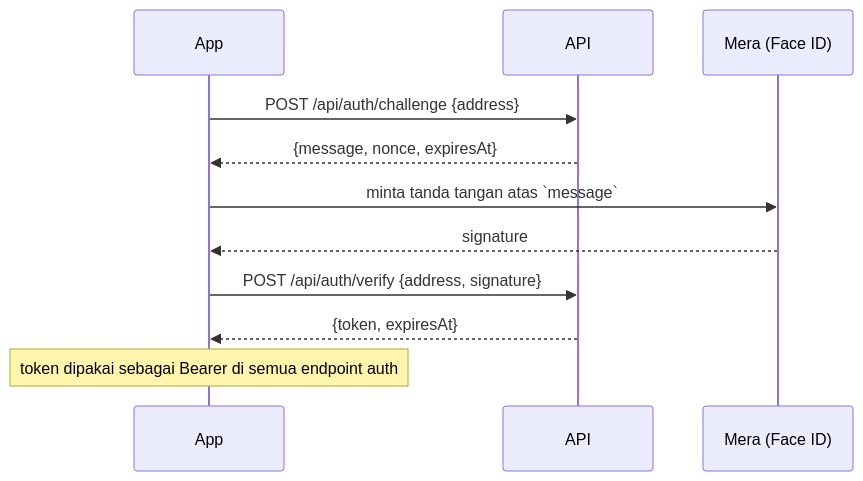
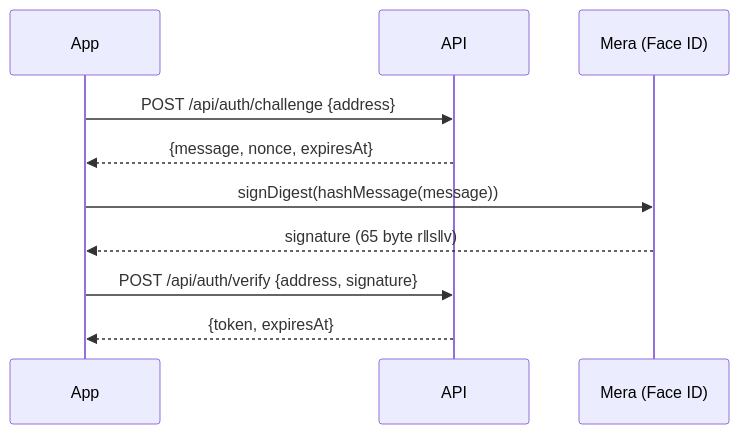
Before and after one commit to sewunodetech/tekosoe: the second of 7 diagrams in apps/api/docs/API.md, drawn with Mermaid. The commit also changed other lines of this file and 5 other files, not shown here.

````diff
--- a/apps/api/docs/API.md
+++ b/apps/api/docs/API.md
@@ -114,14 +114,13 @@
 ```mermaid
 sequenceDiagram
   participant App
   participant API
   participant M as Mera (Face ID)
 
   App->>API: POST /api/auth/challenge {address}
   API-->>App: {message, nonce, expiresAt}
-  App->>M: minta tanda tangan atas `message`
-  M-->>App: signature
+  App->>M: signDigest(hashMessage(message))
+  M-->>App: signature (65 byte r‖s‖v)
   App->>API: POST /api/auth/verify {address, signature}
   API-->>App: {token, expiresAt}
-  Note over App: token dipakai sebagai Bearer di semua endpoint auth
 ```
````
